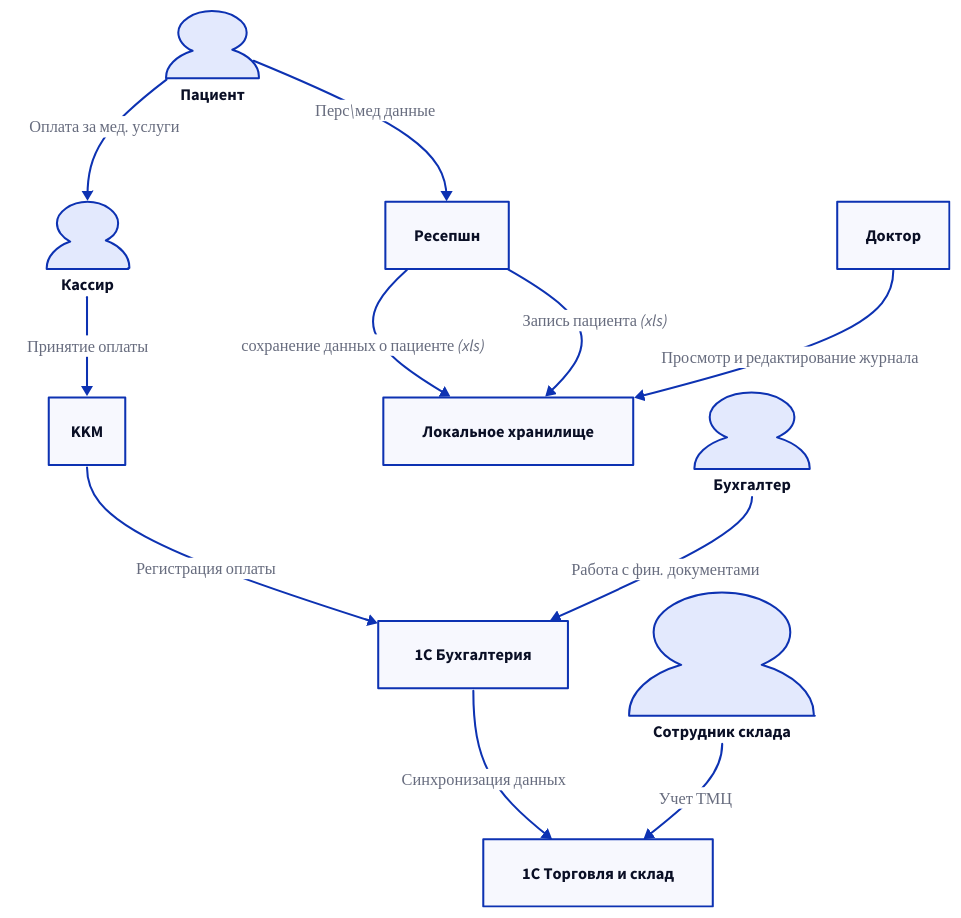
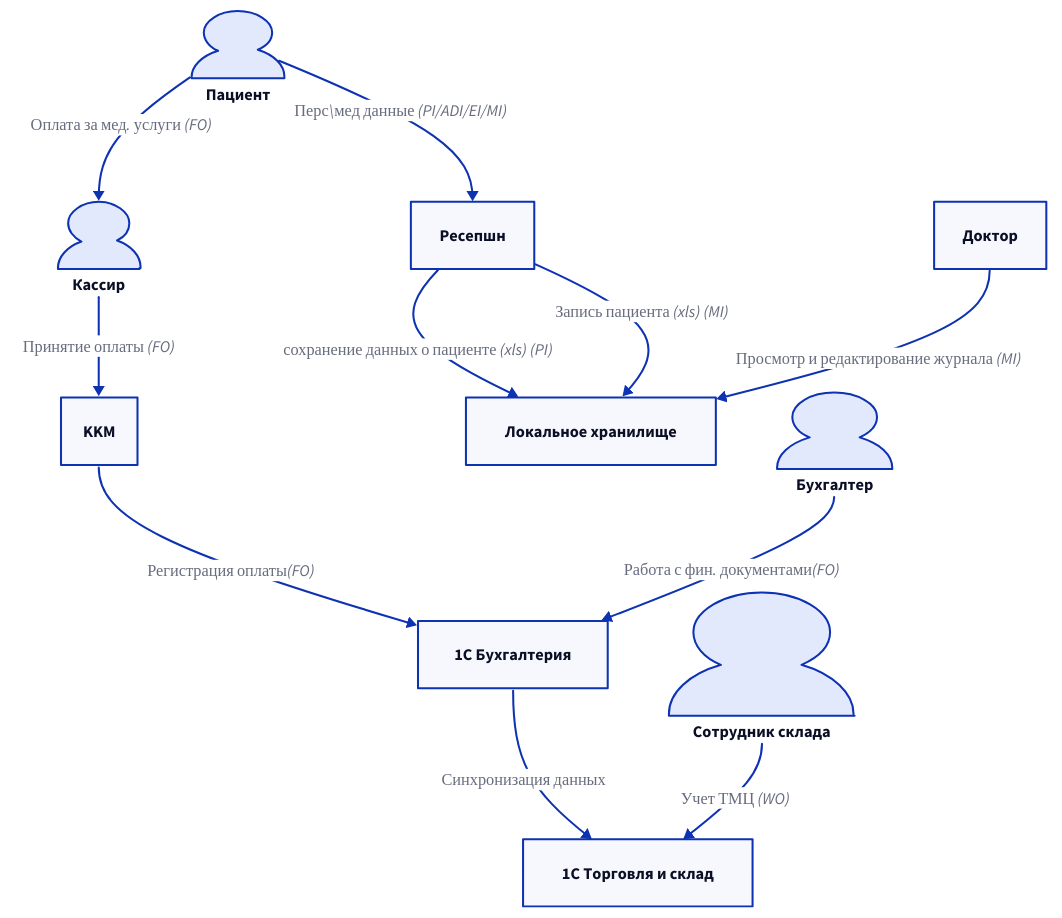
The diagram in Task1/dfd.d2 (witfold/architecture10), drawn with D2 before and after one commit. The commit also changed 3 other files, not shown here.

```diff
--- a/Task1/dfd.d2
+++ b/Task1/dfd.d2
@@ -1,52 +1,52 @@
 patient: {
   label: 'Пациент'
   shape: person
 }
 
 bookkeeper: {
   label: 'Бухгалтер'
   shape: person
 }
 
 warehouse: {
   label: 'Сотрудник склада'
   shape: person
 }
 
 cassier: {
   label: 'Кассир'
   shape: person
 }
 
 rec: {
   label: 'Ресепшн'
 }
 
 storage: {
   label: 'Локальное хранилище'
 }
 
 1cb: {
   label: '1C Бухгалтерия'
 }
 
 1ct: {
   label: '1C Торговля и склад'
 }
 
 doctor: {
   label: 'Доктор'
 }
 
-patient -> rec: 'Перс\мед данные'
+patient -> rec: 'Перс\мед данные (PI/ADI/EI/MI)'
 
-rec -> storage: 'сохранение данных о пациенте (xls)'
-rec -> storage: 'Запись пациента (xls)'
-doctor -> storage: 'Просмотр и редактирование журнала'
+rec -> storage: 'сохранение данных о пациенте (xls) (PI)'
+rec -> storage: 'Запись пациента (xls) (MI)'
+doctor -> storage: 'Просмотр и редактирование журнала (MI)'
 
-patient -> cassier: 'Оплата за мед. услуги'
-cassier -> KKM: 'Принятие оплаты'
-KKM -> 1cb: 'Регистрация оплаты'
+patient -> cassier: 'Оплата за мед. услуги (FO)'
+cassier -> KKM: 'Принятие оплаты (FO)'
+KKM -> 1cb: 'Регистрация оплаты(FO)'
 1cb -> 1ct: 'Синхронизация данных'
-bookkeeper -> 1cb: 'Работа с фин. документами'
-warehouse -> 1ct: 'Учет ТМЦ'
+bookkeeper -> 1cb: 'Работа с фин. документами(FO)'
+warehouse -> 1ct: 'Учет ТМЦ (WO)'
```
